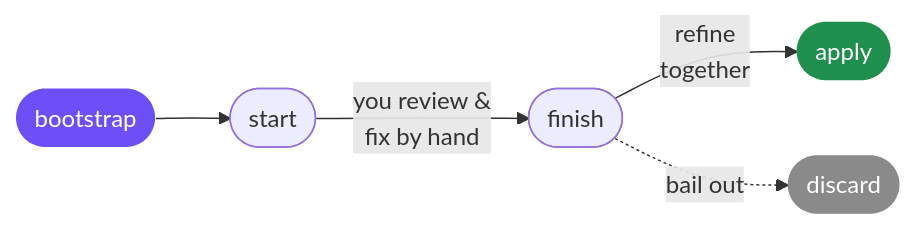
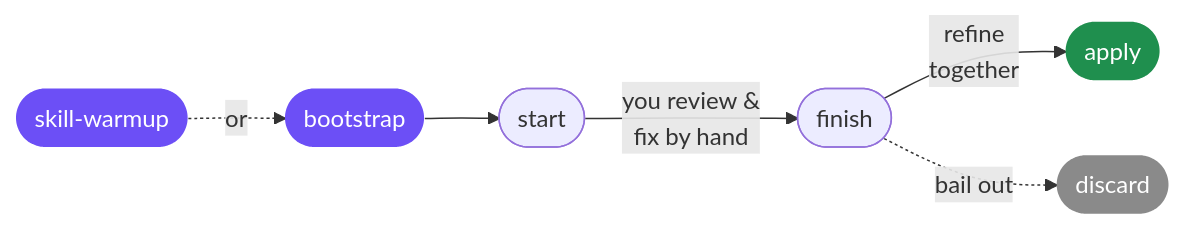
Before and after one commit to eduardohr-muniz/retro-review: the diagram in README.md, drawn with Mermaid. The commit also changed other lines of this file, not shown here.

Commit message:
docs: add commands-at-a-glance table and show skill-warmup in flow

````diff
--- a/README.md
+++ b/README.md
@@ -29,11 +29,12 @@
 ```mermaid
 flowchart LR
-    A([bootstrap]):::setup --> B([start])
+    W([skill-warmup]):::setup -. "or" .-> A([bootstrap]):::setup
+    A --> B([start])
     B -- "you review &<br/>fix by hand" --> C([finish])
     C -- "refine<br/>together" --> D([apply]):::win
     C -. "bail out" .-> E([discard]):::bail
 
     classDef setup fill:#6C4FF6,color:#fff,stroke:none;
     classDef win fill:#1f8f4e,color:#fff,stroke:none;
     classDef bail fill:#8a8a8a,color:#fff,stroke:none;
 ```
````
